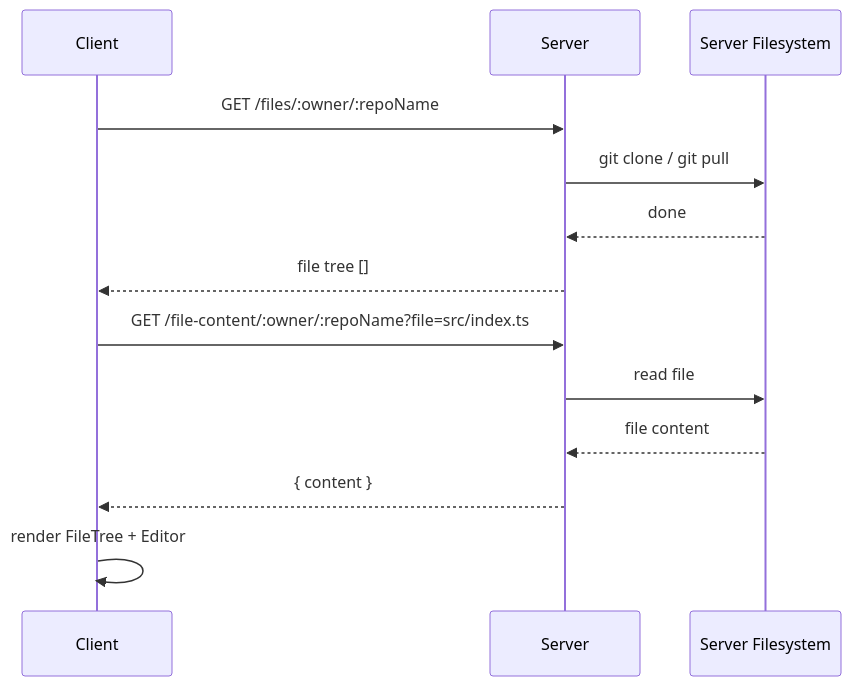
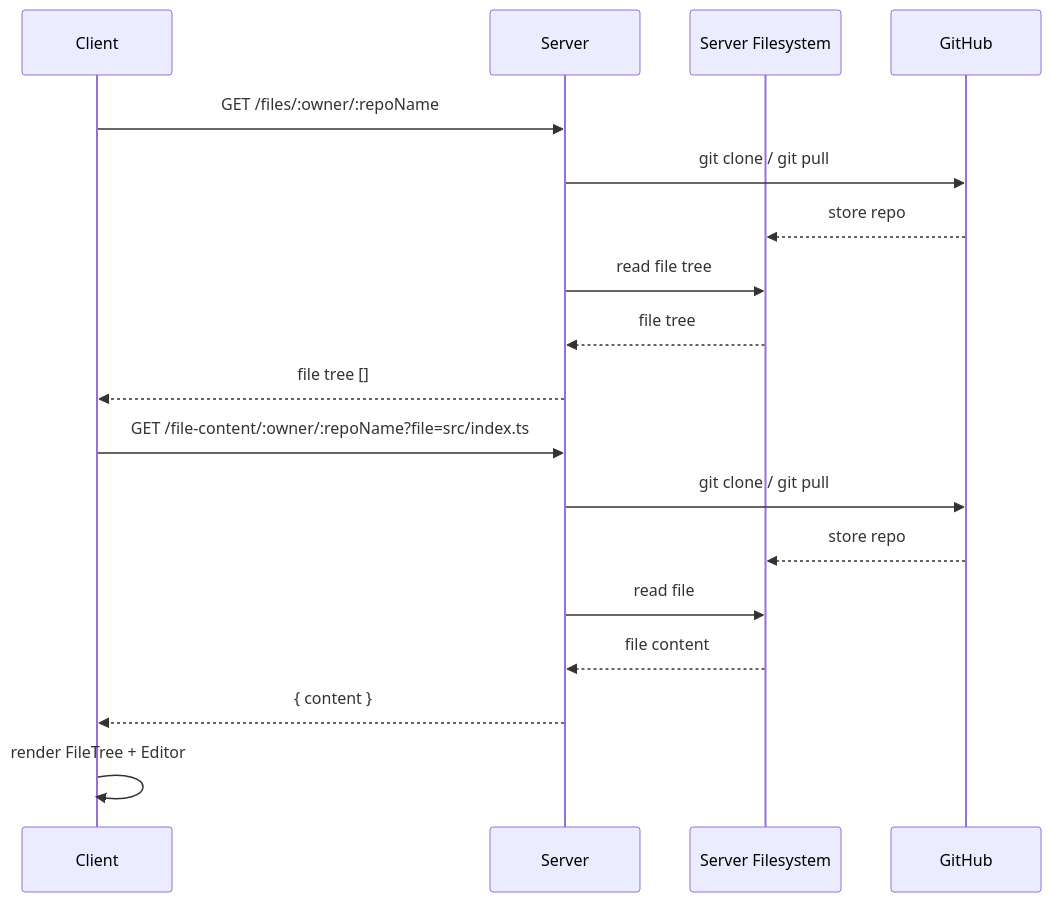
One commit to yarokon/pair-programming-terminal changed the diagram in README.md. Above: the diagram before and after it, drawn with Mermaid. The commit also changed other lines of this file, not shown here.

Commit message:
fix: update sequence diagram to reflect GitHub interactions for cloning and pulling repos

````diff
--- a/README.md
+++ b/README.md
@@ -24,18 +24,23 @@
 ```mermaid
 sequenceDiagram
     participant Client
     participant Server
     participant FS as Server Filesystem
+    participant GitHub
 
     Client->>Server: GET /files/:owner/:repoName
-    Server->>FS: git clone / git pull
-    FS-->>Server: done
+    Server->>GitHub: git clone / git pull
+    GitHub-->>FS: store repo
+    Server->>FS: read file tree
+    FS-->>Server: file tree
     Server-->>Client: file tree []
 
     Client->>Server: GET /file-content/:owner/:repoName?file=src/index.ts
+    Server->>GitHub: git clone / git pull
+    GitHub-->>FS: store repo
     Server->>FS: read file
     FS-->>Server: file content
     Server-->>Client: { content }
 
     Client->>Client: render FileTree + Editor
 ```
````
